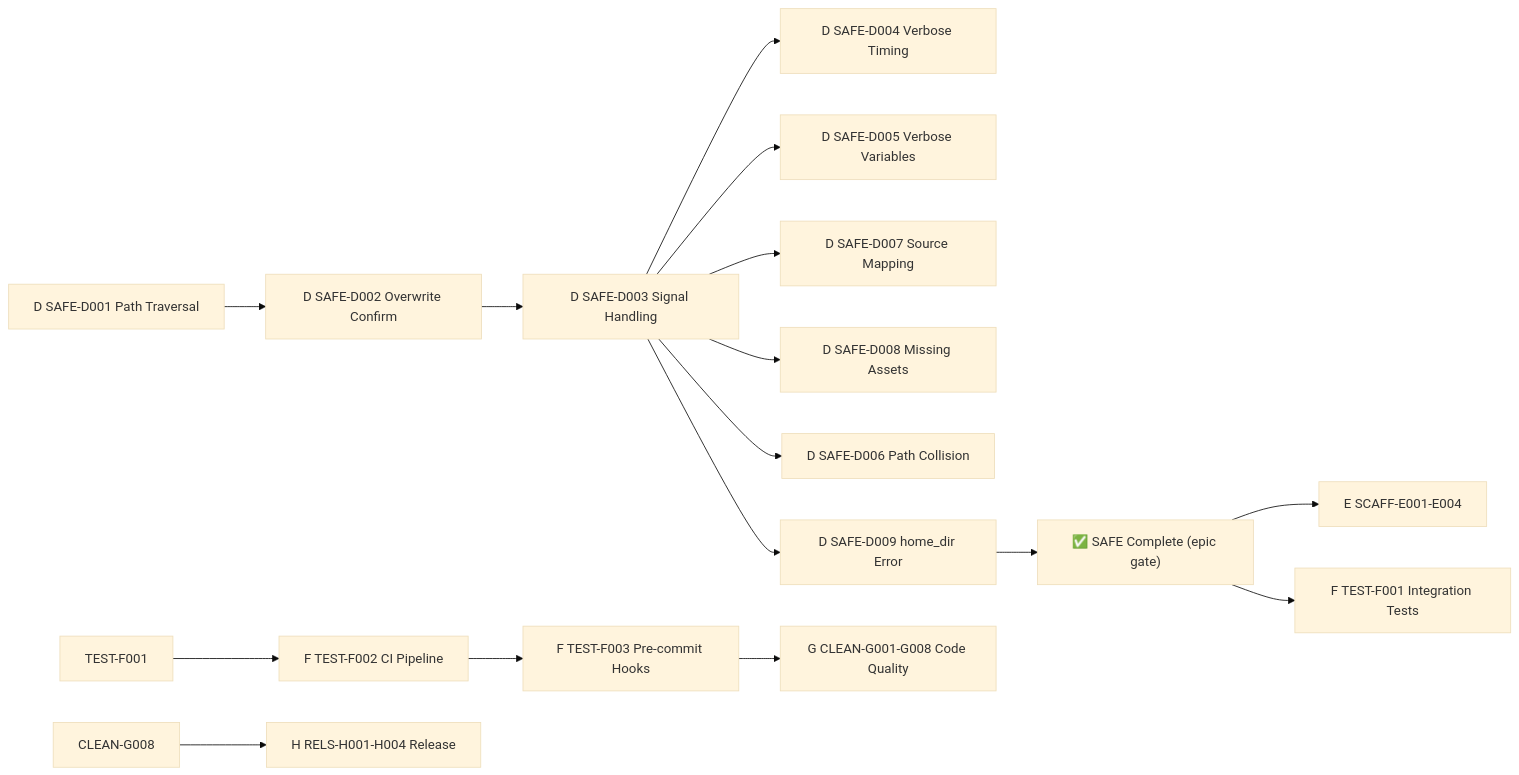
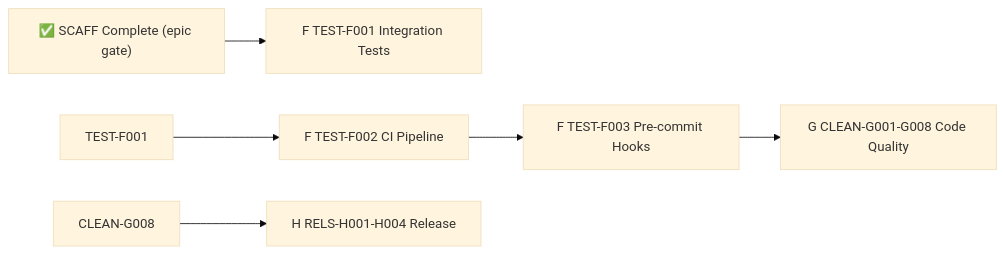
One commit to Tuvren/skillprism changed the diagram in .constitution/tasks/critical-path.md. Above: the diagram before and after it, drawn with Mermaid (base theme). The commit also changed other lines of this file and 10 other files, not shown here.

````diff
--- a/.constitution/tasks/critical-path.md
+++ b/.constitution/tasks/critical-path.md
@@ -16,20 +16,10 @@
 ```mermaid
 flowchart LR
-  SAFE-D001["D SAFE-D001 Path Traversal"] --> SAFE-D002["D SAFE-D002 Overwrite Confirm"]
-  SAFE-D002 --> SAFE-D003["D SAFE-D003 Signal Handling"]
-  SAFE-D003 --> SAFE-D004["D SAFE-D004 Verbose Timing"]
-  SAFE-D003 --> SAFE-D005["D SAFE-D005 Verbose Variables"]
-  SAFE-D003 --> SAFE-D007["D SAFE-D007 Source Mapping"]
-  SAFE-D003 --> SAFE-D008["D SAFE-D008 Missing Assets"]
-  SAFE-D003 --> SAFE-D006["D SAFE-D006 Path Collision"]
-  SAFE-D003 --> SAFE-D009["D SAFE-D009 home_dir Error"]
-
-  SAFE-D009 --> SAFE_DONE["✅ SAFE Complete (epic gate)"]
-  SAFE_DONE --> SCAFF_E["E SCAFF-E001-E004"]
-  SAFE_DONE --> TEST_F["F TEST-F001 Integration Tests"]
+  SCAFF_DONE["✅ SCAFF Complete (epic gate)"]
+  SCAFF_DONE --> TEST_F["F TEST-F001 Integration Tests"]
 
   TEST-F001 --> TEST-F002["F TEST-F002 CI Pipeline"]
   TEST-F002 --> TEST-F003["F TEST-F003 Pre-commit Hooks"]
   TEST-F003 --> CLEAN-G001["G CLEAN-G001-G008 Code Quality"]
   CLEAN-G008 --> RELS-H001["H RELS-H001-H004 Release"]
 ```
````
